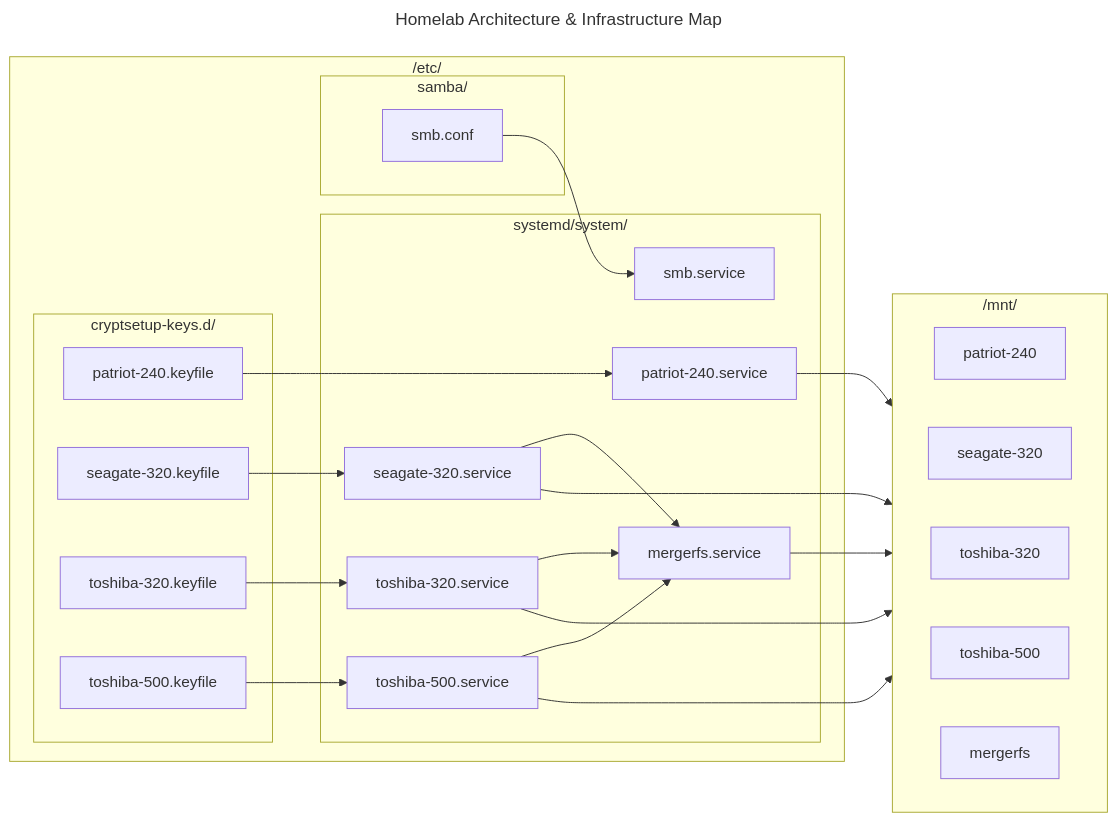
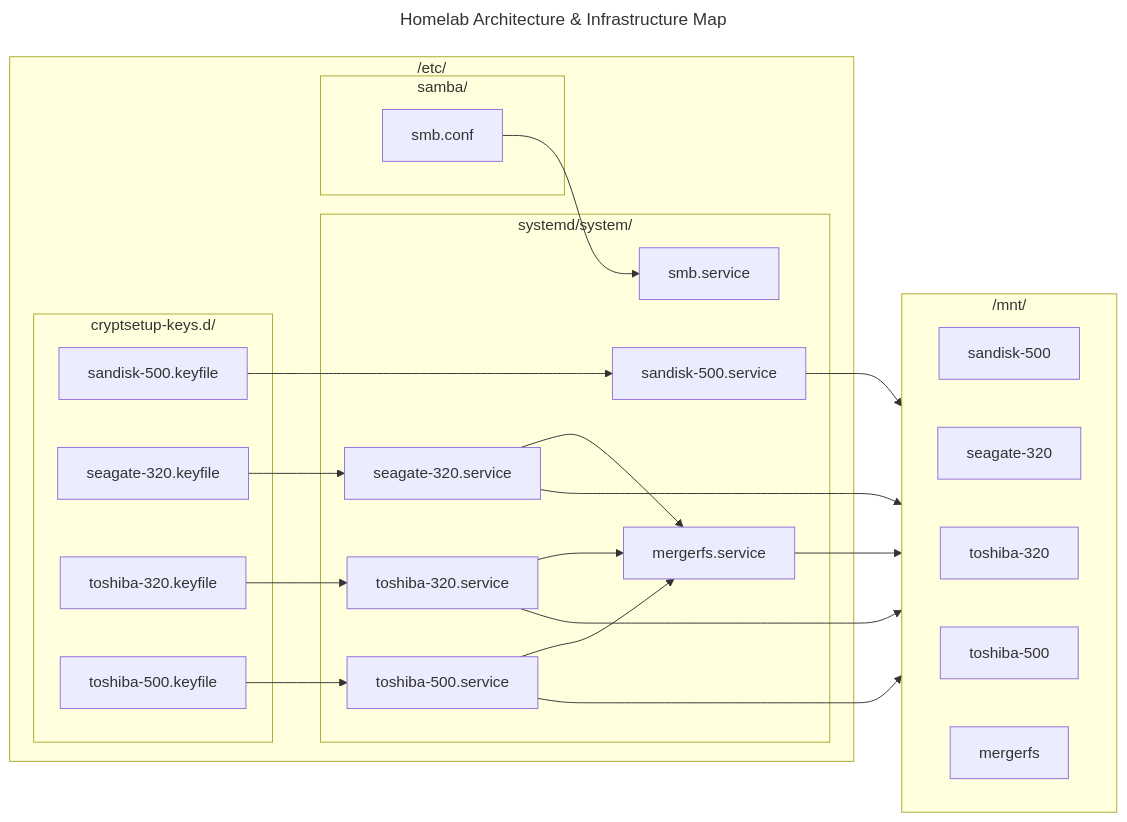
One commit to jurdanetac/homelab changed the diagram in README.md. Above: the diagram before and after it, drawn with Mermaid. The commit also changed other lines of this file, not shown here.

````diff
--- a/README.md
+++ b/README.md
@@ -4,54 +14,54 @@
 ```mermaid
 ---
 title: Homelab Architecture & Infrastructure Map
 ---
 
 flowchart LR
     subgraph etc ["/etc/"]
         subgraph cryptsetup_keys ["cryptsetup-keys.d/"]
-            k_patriot["patriot-240.keyfile"]
+            k_sandisk["sandisk-500.keyfile"]
             k_seagate["seagate-320.keyfile"]
             k_toshiba320["toshiba-320.keyfile"]
             k_toshiba500["toshiba-500.keyfile"]
         end
 
         subgraph systemd_system ["systemd/system/"]
             s_smb["smb.service"]
-            s_patriot["patriot-240.service"]
+            s_sandisk["sandisk-500.service"]
             s_seagate["seagate-320.service"]
             s_toshiba320["toshiba-320.service"]
             s_toshiba500["toshiba-500.service"]
             s_mergerfs["mergerfs.service"]
         end
 
         subgraph samba ["samba/"]
             c_smb["smb.conf"]
         end
     end
 
     subgraph mnt ["/mnt/"]
         direction LR
-        m_patriot["patriot-240"]
+        m_sandisk["sandisk-500"]
         m_seagate["seagate-320"]
         m_toshiba320["toshiba-320"]
         m_toshiba500["toshiba-500"]
         m_mergerfs["mergerfs"]
     end
 
-    k_patriot --> s_patriot
+    k_sandisk --> s_sandisk
     k_seagate --> s_seagate
     k_toshiba320 --> s_toshiba320
     k_toshiba500 --> s_toshiba500
 
     c_smb --> s_smb
 
-    s_patriot --> m_patriot
+    s_sandisk --> m_sandisk
     s_seagate --> m_seagate
     s_toshiba320 --> m_toshiba320
     s_toshiba500 --> m_toshiba500
 
     s_seagate --> s_mergerfs
     s_toshiba320 --> s_mergerfs
     s_toshiba500 --> s_mergerfs
     s_mergerfs --> m_mergerfs
 ```
````
